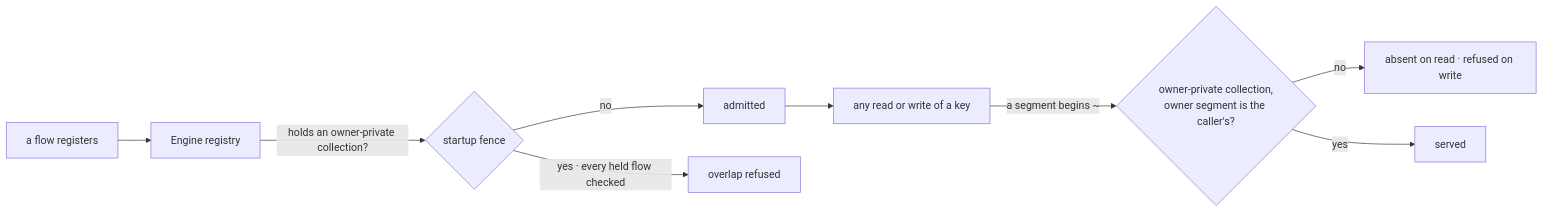
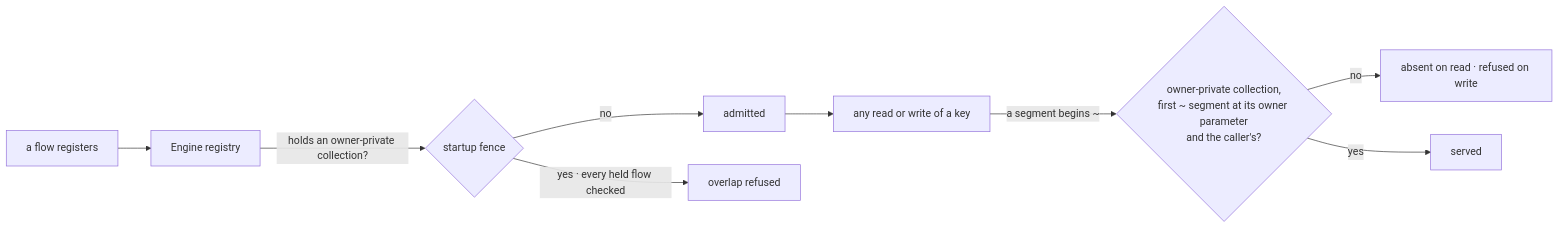
The diagram in specs/issues/FIX-1549/SPEC.md (fixpoint-labs/flow-state-dev), drawn with Mermaid before and after one commit. The commit also changed other lines of this file and 5 other files, not shown here.

````diff
--- a/specs/issues/FIX-1549/SPEC.md
+++ b/specs/issues/FIX-1549/SPEC.md
@@ -60,11 +60,11 @@
 ```mermaid
 flowchart LR
   F["a flow registers"] --> R["Engine registry"]
   R -->|"holds an owner-private collection?"| A{"startup fence"}
   A -->|"no"| OK["admitted"]
   A -->|"yes · every held flow checked"| X["overlap refused"]
   OK --> K["any read or write of a key"]
-  K -->|"a segment begins ~"| W{"owner-private collection,<br/>owner segment is the caller's?"}
+  K -->|"a segment begins ~"| W{"owner-private collection,<br/>first ~ segment at its owner parameter<br/>and the caller's?"}
   W -->|"no"| H["absent on read · refused on write"]
   W -->|"yes"| Y["served"]
 ```
````
